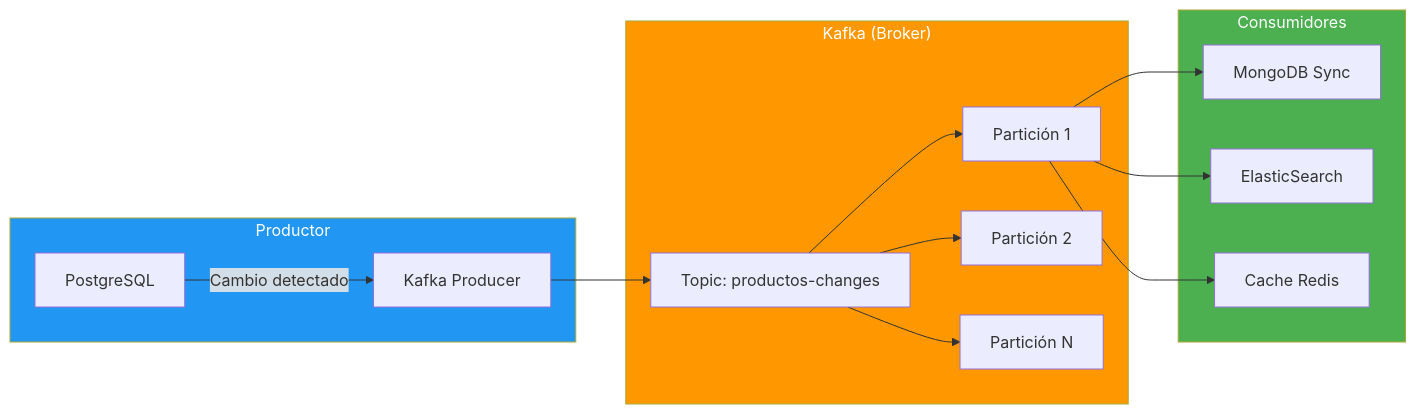
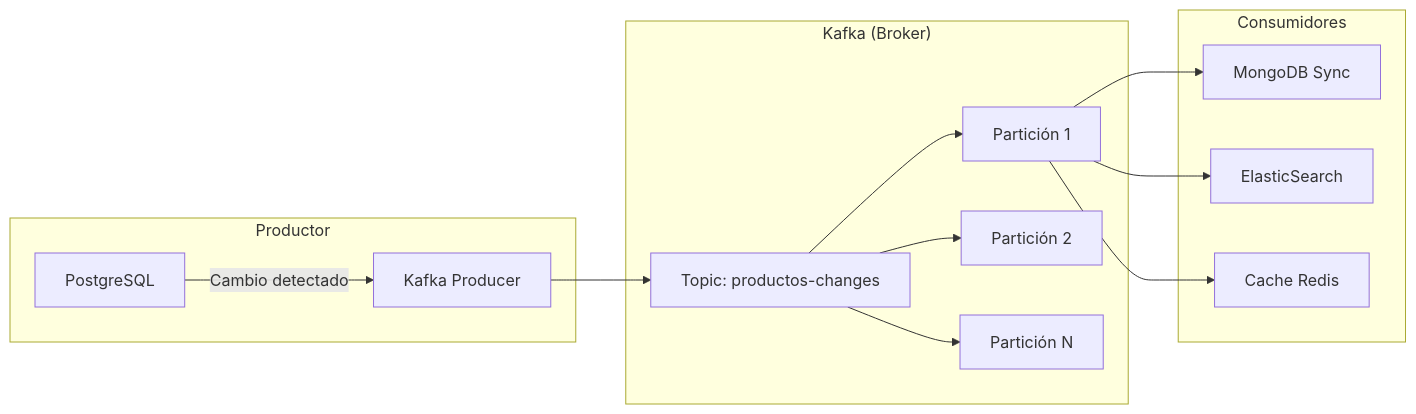
One commit to joseluisgs/DesarrolloWebEntornosServidor-02-2026-2027 changed diagram 19 of 24 in 30-cqrs-mediator.md. Above: the diagram before and after it, drawn with Mermaid. The commit also changed other lines of this file and 4 other files, not shown here.

Commit message:
docs: quitar el relleno a los subgraf de los diagramas de los temas 01, 10, 11, 19 y 30

````diff
--- a/30-cqrs-mediator.md
+++ b/30-cqrs-mediator.md
@@ -1131,23 +1123,20 @@
 ```mermaid
 flowchart LR
     subgraph PRODUCIDOR["Productor"]
         A[PostgreSQL] -->|"Cambio detectado"| B[Kafka Producer]
     end
 
     subgraph KAFKA["Kafka (Broker)"]
         B --> C[Topic: productos-changes]
         C --> D[Partición 1]
         C --> E[Partición 2]
         C --> F[Partición N]
     end
 
     subgraph CONSUMIDORES["Consumidores"]
         D --> G[MongoDB Sync]
         D --> H[ElasticSearch]
         D --> I[Cache Redis]
     end
 
-    style PRODUCIDOR fill:#2196F3,color:#fff
-    style KAFKA fill:#FF9800,color:#fff
-    style CONSUMIDORES fill:#4CAF50,color:#fff
 ```
````
